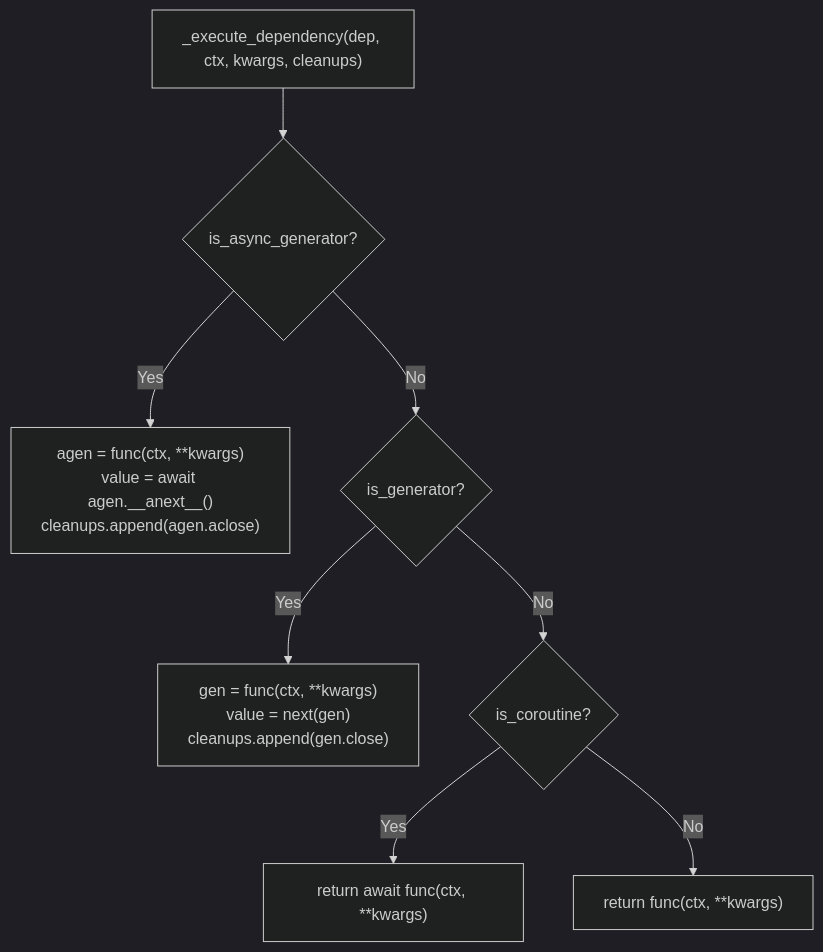
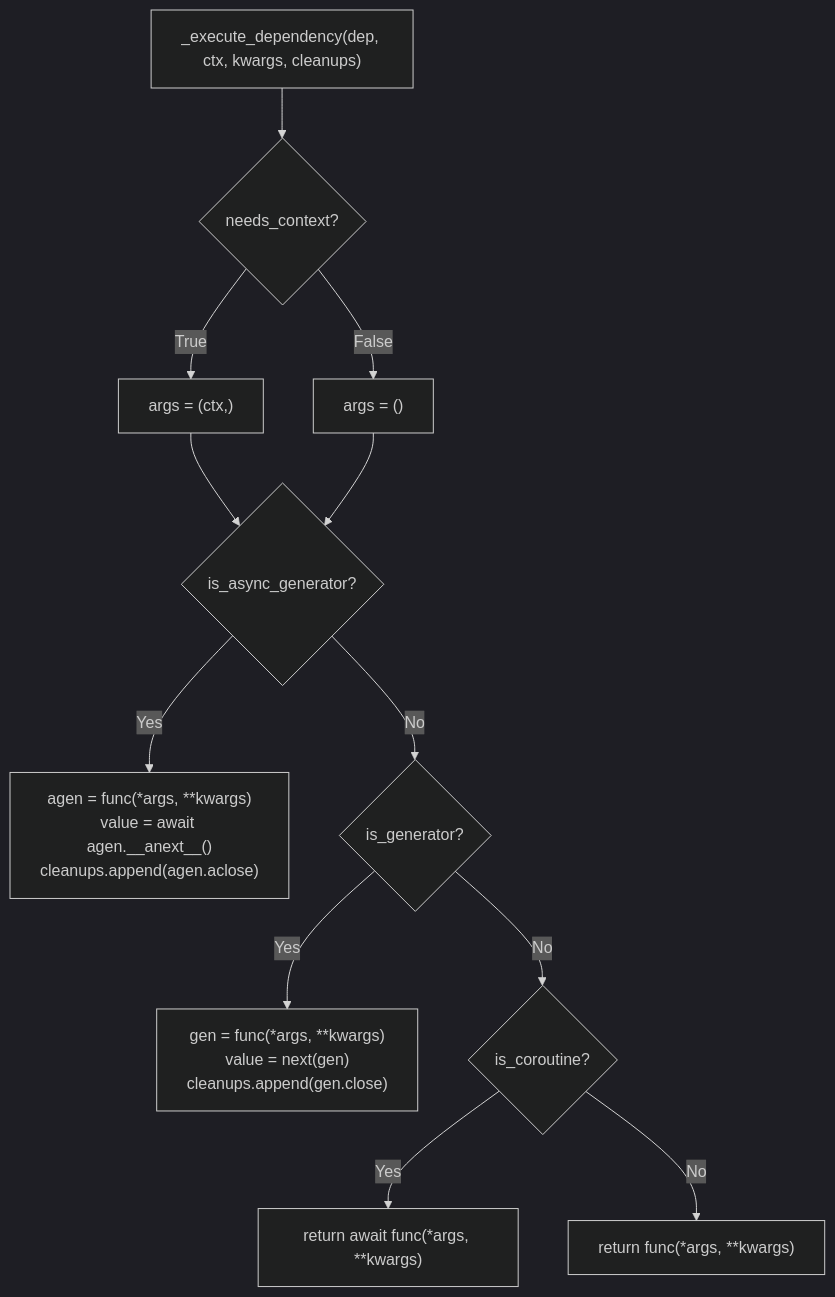
The sixth of 8 diagrams in docs/docs/src/content/docs/v1.0/advanced/dependency-injection.md (sillohq/core), drawn with Mermaid (dark theme) before and after one commit. The commit also changed other lines of this file and 3 other files, not shown here.

````diff
--- a/docs/docs/src/content/docs/v1.0/advanced/dependency-injection.md
+++ b/docs/docs/src/content/docs/v1.0/advanced/dependency-injection.md
@@ -542,10 +588,14 @@
 ```mermaid
 flowchart TD
-    A["_execute_dependency(dep, ctx, kwargs, cleanups)"] --> B{"is_async_generator?"}
-    B -->|"Yes"| C["agen = func(ctx, **kwargs)<br/>value = await agen.__anext__()<br/>cleanups.append(agen.aclose)"]
+    A["_execute_dependency(dep, ctx, kwargs, cleanups)"] --> Z{"needs_context?"}
+    Z -->|"True"| Z1["args = (ctx,)"]
+    Z -->|"False"| Z2["args = ()"]
+    Z1 --> B{"is_async_generator?"}
+    Z2 --> B
+    B -->|"Yes"| C["agen = func(*args, **kwargs)<br/>value = await agen.__anext__()<br/>cleanups.append(agen.aclose)"]
     B -->|"No"| D{"is_generator?"}
-    D -->|"Yes"| E["gen = func(ctx, **kwargs)<br/>value = next(gen)<br/>cleanups.append(gen.close)"]
+    D -->|"Yes"| E["gen = func(*args, **kwargs)<br/>value = next(gen)<br/>cleanups.append(gen.close)"]
     D -->|"No"| F{"is_coroutine?"}
-    F -->|"Yes"| G["return await func(ctx, **kwargs)"]
-    F -->|"No"| H["return func(ctx, **kwargs)"]
+    F -->|"Yes"| G["return await func(*args, **kwargs)"]
+    F -->|"No"| H["return func(*args, **kwargs)"]
 ```
````
